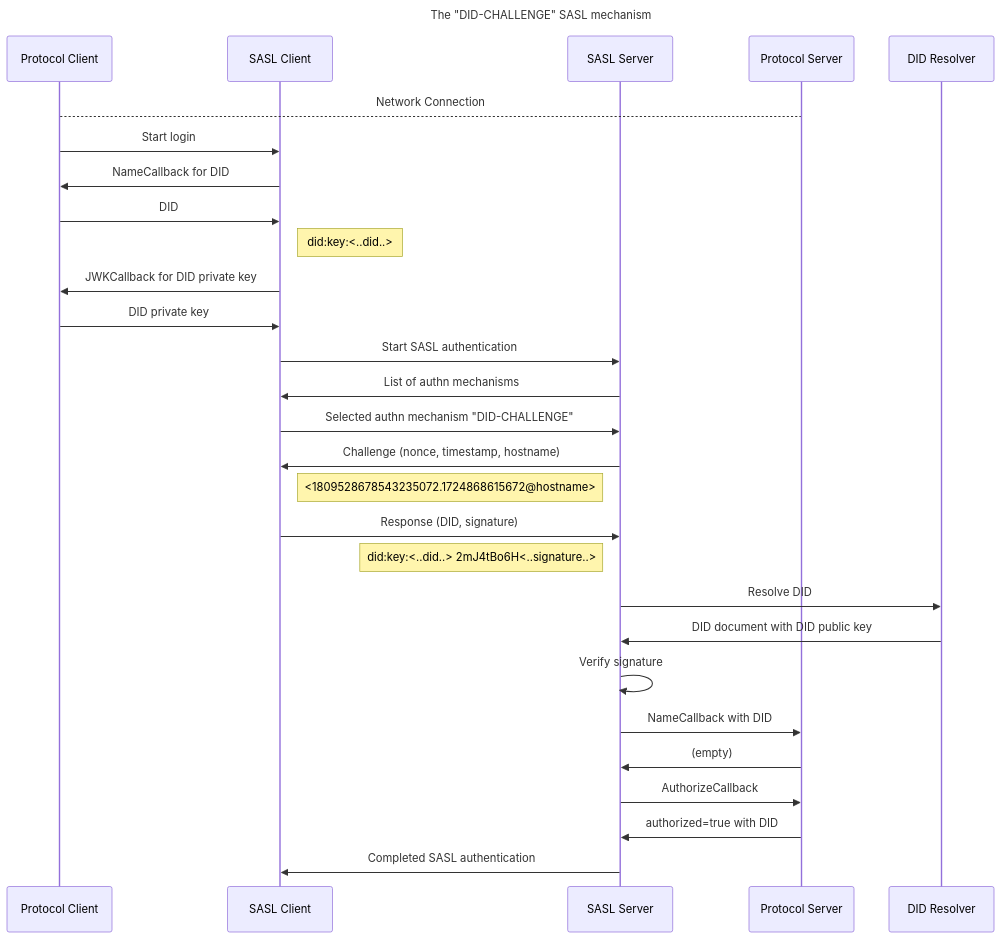
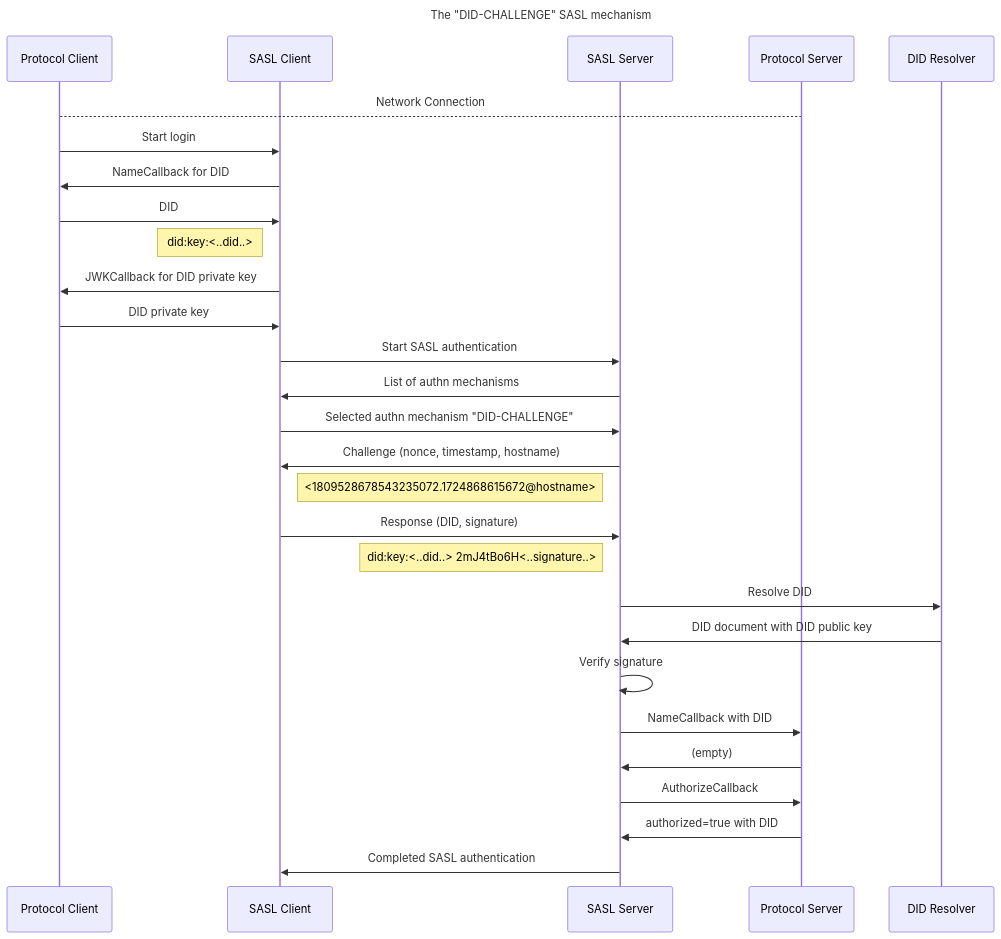
Before and after one commit to peacekeeper/java-sasl-did-mechanism: the diagram in README.md, drawn with Mermaid.

Commit message:
Update sequence diagram in README

````diff
--- a/README.md
+++ b/README.md
@@ -57,31 +57,31 @@
 ```mermaid
 sequenceDiagram
     title The "DID-CHALLENGE" SASL mechanism
     participant ProtocolClient as Protocol Client
     participant SASLClient as SASL Client
     participant SASLServer as SASL Server
     participant ProtocolServer as Protocol Server
     participant DIDResolver as DID Resolver
     ProtocolClient-->ProtocolServer: Network Connection
     ProtocolClient->>SASLClient: Start login
     SASLClient->>ProtocolClient: NameCallback for DID
     ProtocolClient->>SASLClient: DID
-    note right of SASLClient: did:key:<..did..>
+    note left of SASLClient: did:key:<..did..>
     SASLClient->>ProtocolClient: JWKCallback for DID private key
     ProtocolClient->>SASLClient: DID private key
     SASLClient->>SASLServer: Start SASL authentication
     SASLServer->>SASLClient: List of authn mechanisms
     SASLClient->>SASLServer: Selected authn mechanism "DID-CHALLENGE"
     SASLServer->>SASLClient: Challenge (nonce, timestamp, hostname)
     note right of SASLClient: <1809528678543235072.1724868615672@hostname>
     SASLClient->>SASLServer: Response (DID, signature)
     note left of SASLServer: did:key:<..did..> 2mJ4tBo6H<..signature..>
     SASLServer->>DIDResolver: Resolve DID
     DIDResolver->>SASLServer: DID document with DID public key
     SASLServer->>SASLServer: Verify signature
     SASLServer->>ProtocolServer: NameCallback with DID
     ProtocolServer->>SASLServer: (empty)
     SASLServer->>ProtocolServer: AuthorizeCallback
     ProtocolServer->>SASLServer: authorized=true with DID
     SASLServer->>SASLClient: Completed SASL authentication
 ```
````
